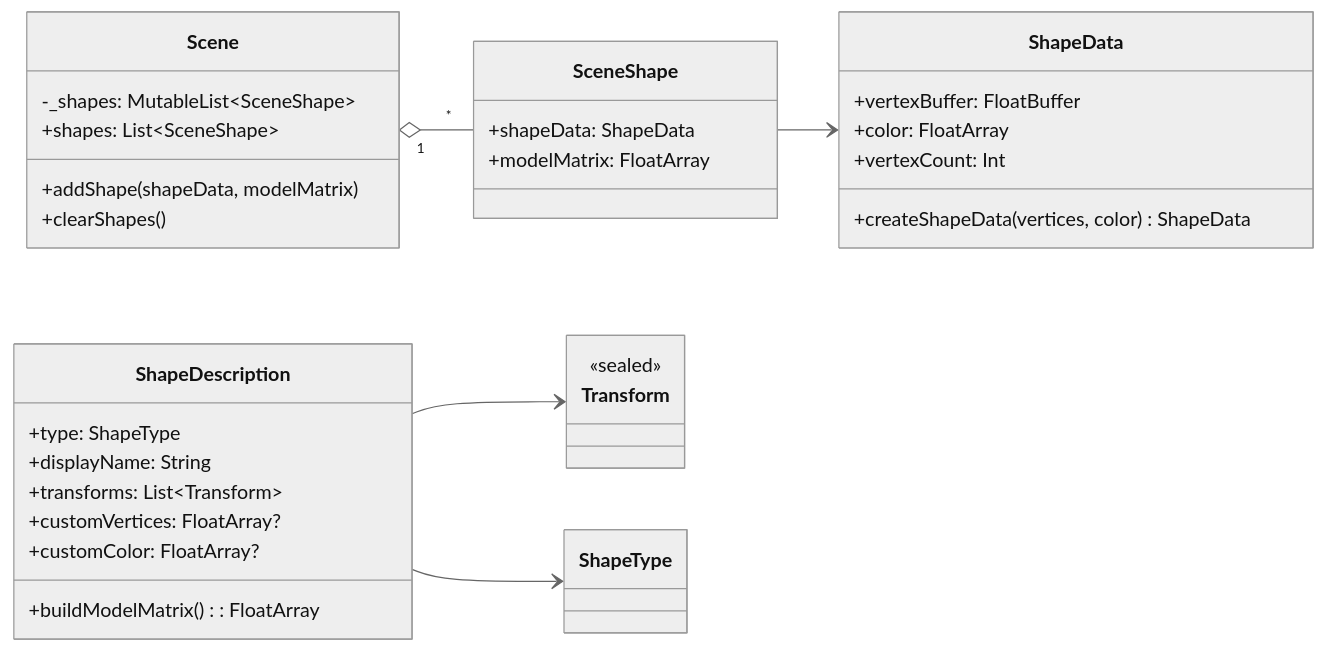
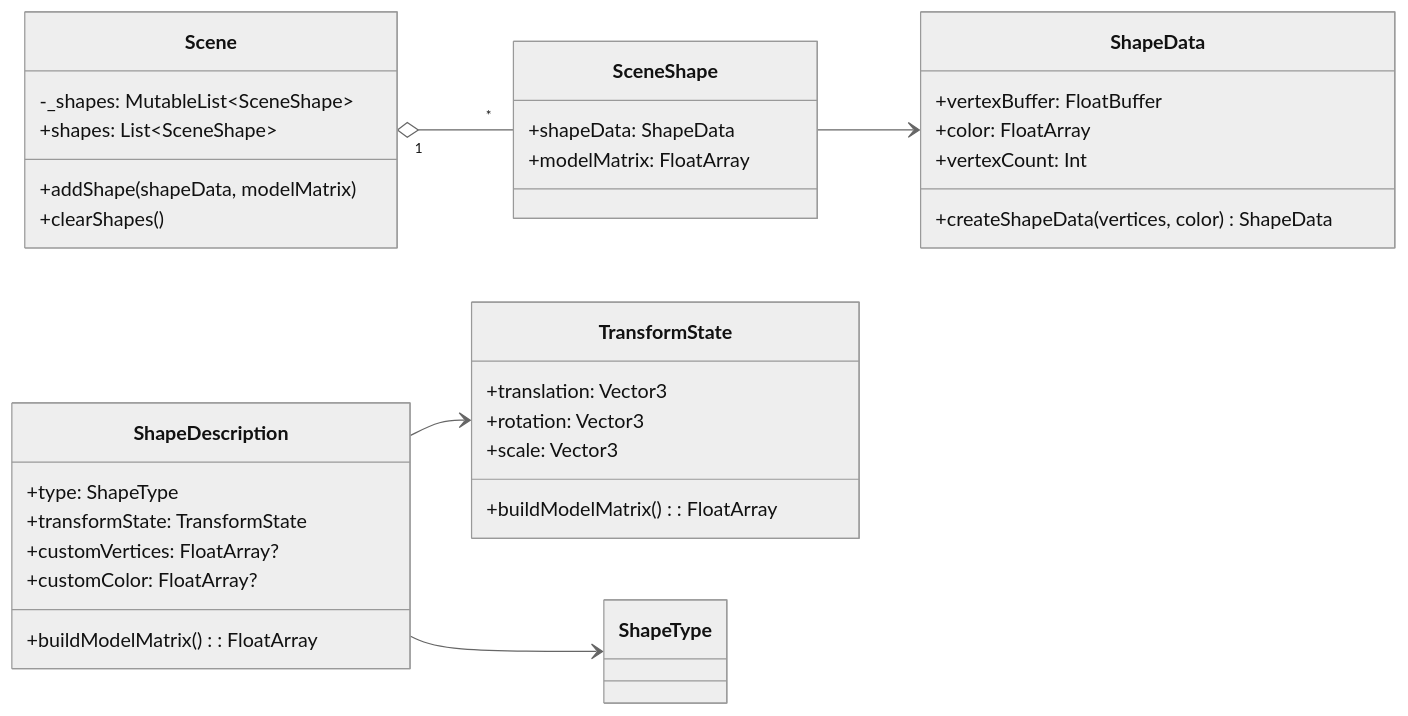
One commit to hr5h/GLViz changed the diagram in docs/uml/03-scene-domain-layer.md. Above: the diagram before and after it, drawn with Mermaid (neutral theme). The commit also changed 12 other files, not shown here.

````diff
--- a/docs/uml/03-scene-domain-layer.md
+++ b/docs/uml/03-scene-domain-layer.md
@@ -3,40 +3,42 @@
 ```mermaid
 classDiagram
 direction LR
 
 class Scene {
   -_shapes: MutableList~SceneShape~
   +shapes: List~SceneShape~
   +addShape(shapeData, modelMatrix)
   +clearShapes()
 }
 
 class SceneShape {
   +shapeData: ShapeData
   +modelMatrix: FloatArray
 }
 
 class ShapeDescription {
   +type: ShapeType
-  +displayName: String
-  +transforms: List~Transform~
+  +transformState: TransformState
   +customVertices: FloatArray?
   +customColor: FloatArray?
   +buildModelMatrix(): FloatArray
 }
 
-class Transform {
-  <<sealed>>
+class TransformState {
+  +translation: Vector3
+  +rotation: Vector3
+  +scale: Vector3
+  +buildModelMatrix(): FloatArray
 }
 class ShapeData {
   +vertexBuffer: FloatBuffer
   +color: FloatArray
   +vertexCount: Int
   +createShapeData(vertices, color) ShapeData
 }
 
 Scene "1" o-- "*" SceneShape
 SceneShape --> ShapeData
-ShapeDescription --> Transform
+ShapeDescription --> TransformState
 ShapeDescription --> ShapeType
 ```
````
